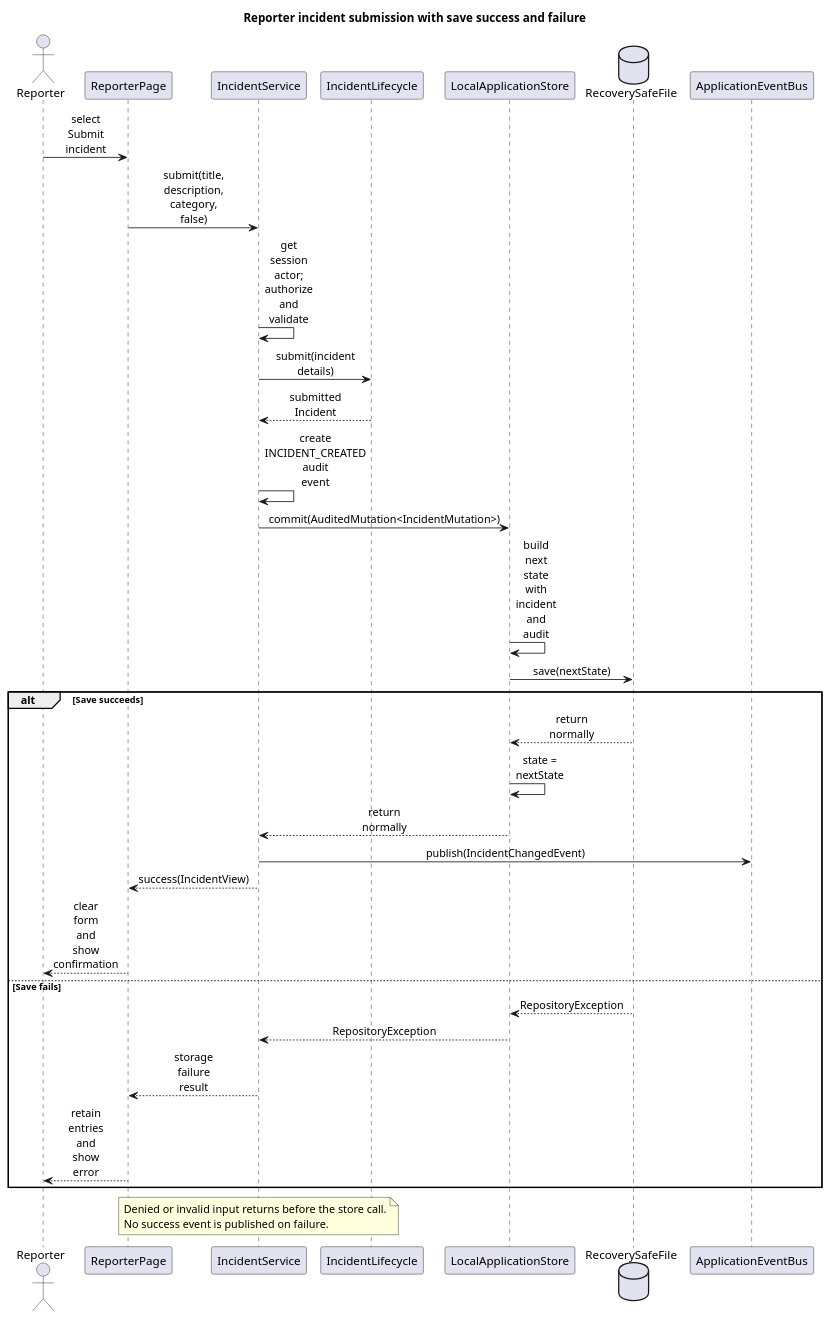
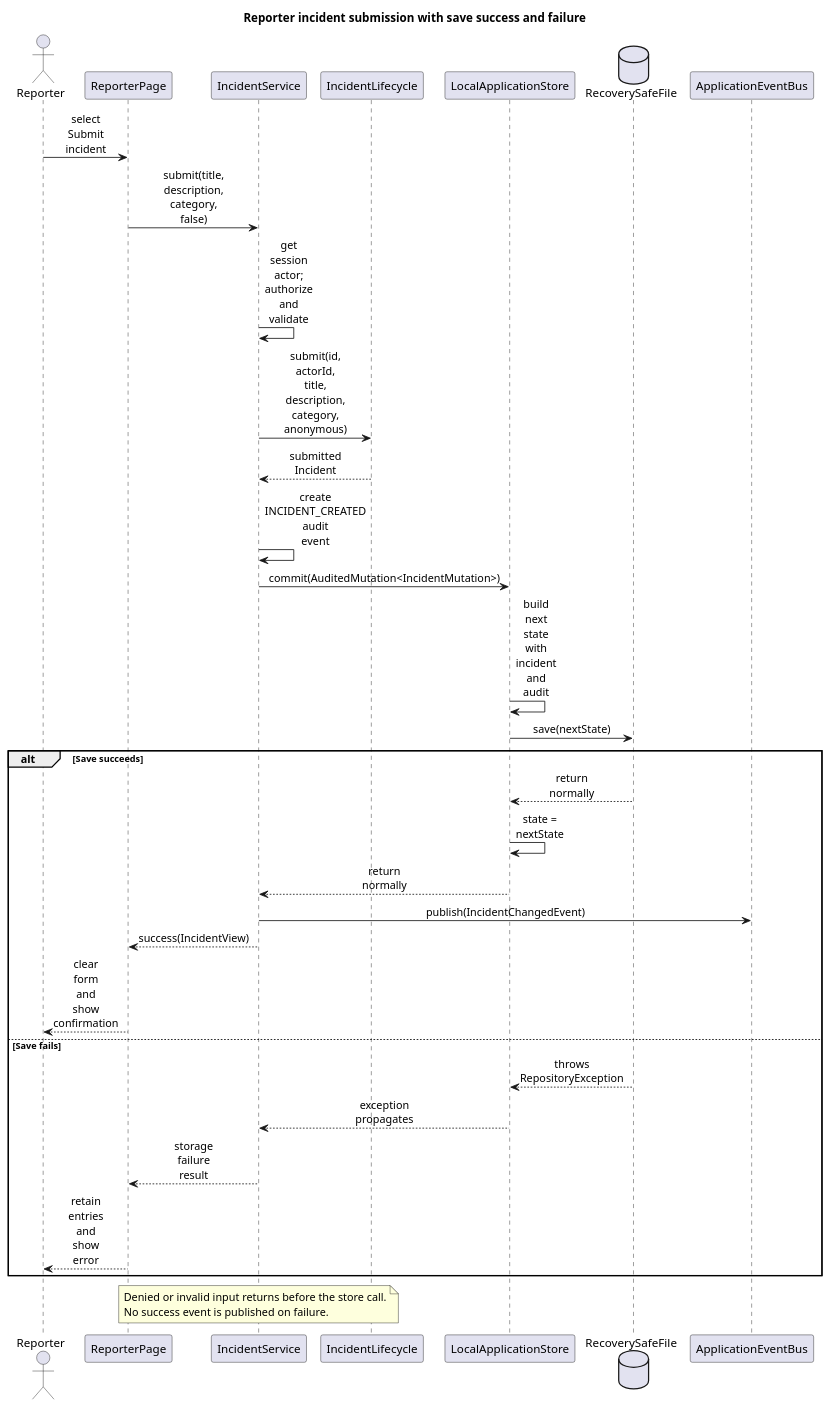
Before and after one commit to CS3227-2610-MP2-IncidentAssistant/CS3227-2610-MP2: the diagram in docs/diagrams/incident-submission.puml, drawn with PlantUML. The commit also changed 4 other files, not shown here.

Commit message:
docs: correct architecture and submission diagrams

```diff
--- a/docs/diagrams/incident-submission.puml
+++ b/docs/diagrams/incident-submission.puml
@@ -1,48 +1,48 @@
 @startuml
 title Reporter incident submission with save success and failure
 
 skinparam backgroundColor white
 skinparam defaultFontName Arial
 skinparam shadowing false
 skinparam sequenceMessageAlign center
 skinparam responseMessageBelowArrow true
 skinparam maxMessageSize 55
 
 actor Reporter
 participant ReporterPage as Page
 participant IncidentService as Service
 participant IncidentLifecycle as Lifecycle
 participant LocalApplicationStore as Store
 database RecoverySafeFile as File
 participant "ApplicationEventBus" as Events
 
 Reporter -> Page : select Submit incident
 Page -> Service : submit(title, description, category, false)
 Service -> Service : get session actor; authorize and validate
-Service -> Lifecycle : submit(incident details)
+Service -> Lifecycle : submit(id, actorId, title, description,\ncategory, anonymous)
 Lifecycle --> Service : submitted Incident
 Service -> Service : create INCIDENT_CREATED audit event
 Service -> Store : commit(AuditedMutation<IncidentMutation>)
 Store -> Store : build next state with incident and audit
 Store -> File : save(nextState)
 
 alt Save succeeds
     File --> Store : return normally
     Store -> Store : state = nextState
     Store --> Service : return normally
     Service -> Events : publish(IncidentChangedEvent)
     Service --> Page : success(IncidentView)
     Page --> Reporter : clear form and show confirmation
 else Save fails
-    File --> Store : RepositoryException
-    Store --> Service : RepositoryException
+    File --> Store : throws RepositoryException
+    Store --> Service : exception propagates
     Service --> Page : storage failure result
     Page --> Reporter : retain entries and show error
 end
 
 note over Service
 Denied or invalid input returns before the store call.
 No success event is published on failure.
 end note
 
 @enduml
```
